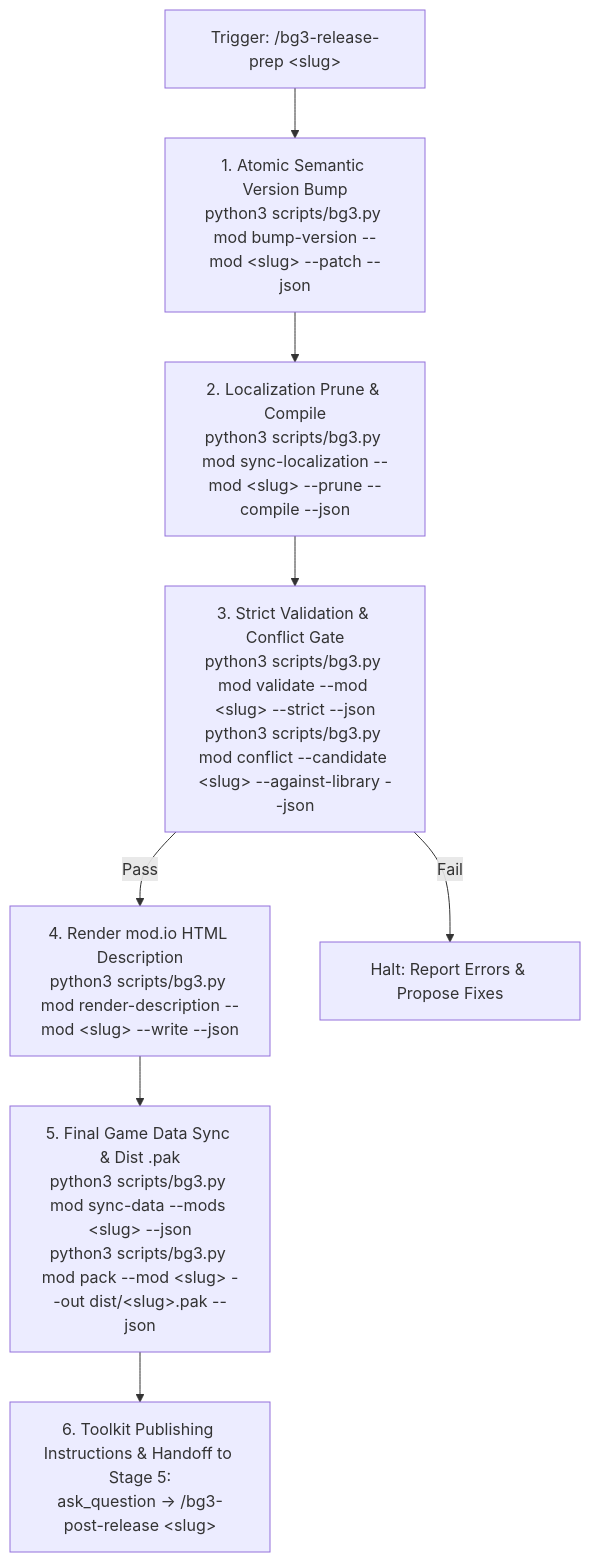
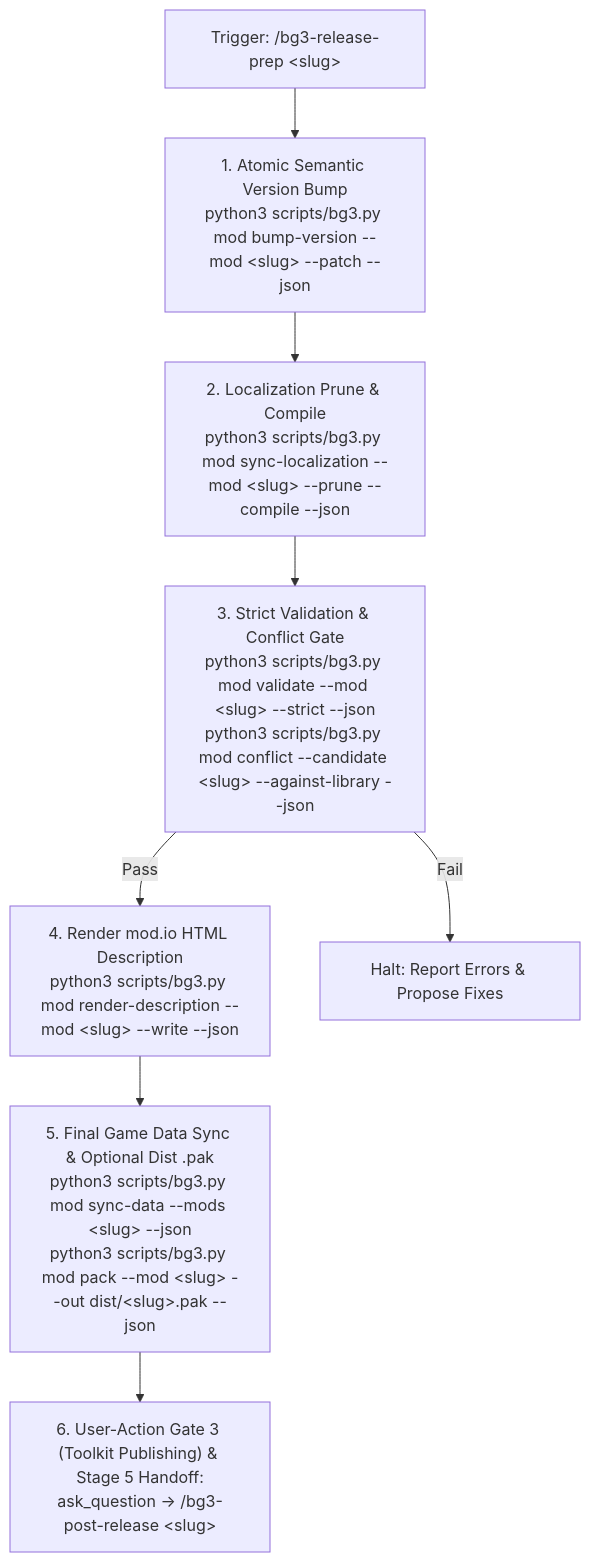
Before and after one commit to jpelton-stroud/bg3-mod-studio: the diagram in .agents/skills/bg3-release-prep/SKILL.md, drawn with Mermaid. The commit also changed other lines of this file and 8 other files, not shown here.

````diff
--- a/.agents/skills/bg3-release-prep/SKILL.md
+++ b/.agents/skills/bg3-release-prep/SKILL.md
@@ -27,18 +27,18 @@
 ```mermaid
 flowchart TD
     Trigger["Trigger: /bg3-release-prep &lt;slug&gt;"] --> Step1["1. Atomic Semantic Version Bump
 python3 scripts/bg3.py mod bump-version --mod &lt;slug&gt; --patch --json"]
     Step1 --> Step2["2. Localization Prune & Compile
 python3 scripts/bg3.py mod sync-localization --mod &lt;slug&gt; --prune --compile --json"]
     Step2 --> Step3["3. Strict Validation & Conflict Gate
 python3 scripts/bg3.py mod validate --mod &lt;slug&gt; --strict --json
 python3 scripts/bg3.py mod conflict --candidate &lt;slug&gt; --against-library --json"]
     Step3 -->|Pass| Step4["4. Render mod.io HTML Description
 python3 scripts/bg3.py mod render-description --mod &lt;slug&gt; --write --json"]
     Step3 -->|Fail| Halt["Halt: Report Errors & Propose Fixes"]
-    Step4 --> Step5["5. Final Game Data Sync & Dist .pak
+    Step4 --> Step5["5. Final Game Data Sync & Optional Dist .pak
 python3 scripts/bg3.py mod sync-data --mods &lt;slug&gt; --json
 python3 scripts/bg3.py mod pack --mod &lt;slug&gt; --out dist/&lt;slug&gt;.pak --json"]
-    Step5 --> Step6["6. Toolkit Publishing Instructions & Handoff to Stage 5:
+    Step5 --> Step6["6. User-Action Gate 3 (Toolkit Publishing) & Stage 5 Handoff:
 ask_question -> /bg3-post-release &lt;slug&gt;"]
 ```
````
